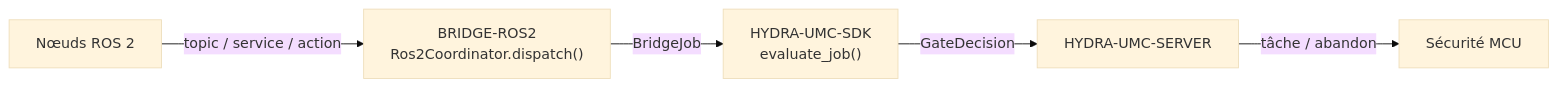
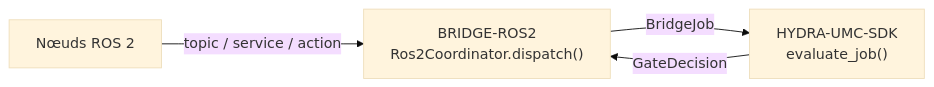
The diagram in README_fra.md (JuanenRac/HYDRA-UMC-BRIDGE-ROS2), drawn with Mermaid (base theme) before and after one commit. The commit also changed other lines of this file and 19 other files, not shown here.

````diff
--- a/README_fra.md
+++ b/README_fra.md
@@ -49,7 +50,6 @@
 ```mermaid
 flowchart LR
     ROS["Nœuds ROS 2"] -- "topic / service / action" --> BRIDGE["BRIDGE-ROS2<br/>Ros2Coordinator.dispatch()"]
     BRIDGE -- BridgeJob --> SDK["HYDRA-UMC-SDK<br/>evaluate_job()"]
-    SDK -- GateDecision --> SERVER["HYDRA-UMC-SERVER"]
-    SERVER -- "tâche / abandon" --> MCU["Sécurité MCU"]
+    SDK -- GateDecision --> BRIDGE
 ```
````
